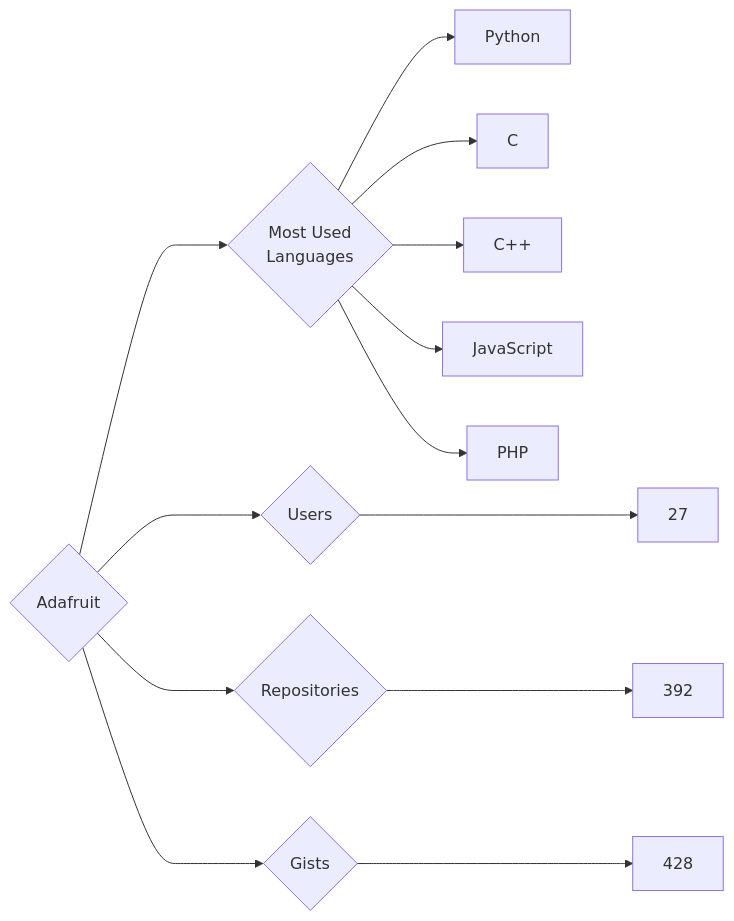
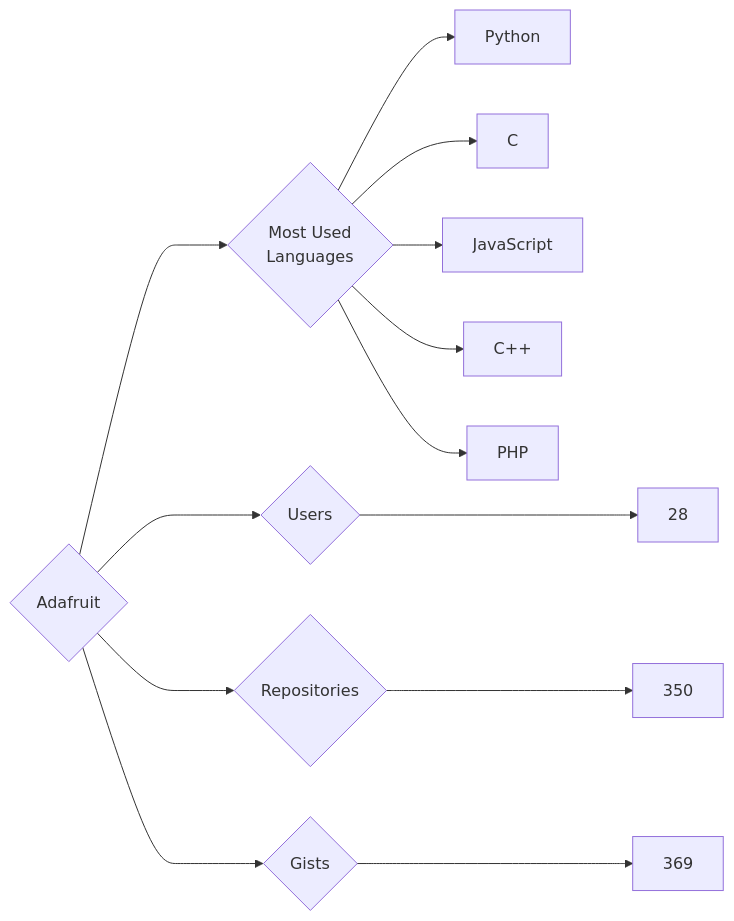
The diagram in targets/Adafruit/README.md (trickest/insiders), drawn with Mermaid before and after one commit. The commit also changed 1238 other files, not shown here.

````diff
--- a/targets/Adafruit/README.md
+++ b/targets/Adafruit/README.md
@@ -3,13 +3,13 @@
 ```mermaid
 graph LR
 COMPANY_NAME{Adafruit}
-COMPANY_NAME ---> U{Users} ---> UN[27]
-COMPANY_NAME ---> R{Repositories} ---> RN[392]
-COMPANY_NAME ---> G{Gists} ---> GN[428]
+COMPANY_NAME ---> U{Users} ---> UN[28]
+COMPANY_NAME ---> R{Repositories} ---> RN[350]
+COMPANY_NAME ---> G{Gists} ---> GN[369]
 COMPANY_NAME ---> ML{Most Used<br>Languages}
 ML --> Python[Python]
 ML --> C[C]
+ML --> JavaScript[JavaScript]
 ML --> C++[C++]
-ML --> JavaScript[JavaScript]
 ML --> PHP[PHP]
 ```
````
